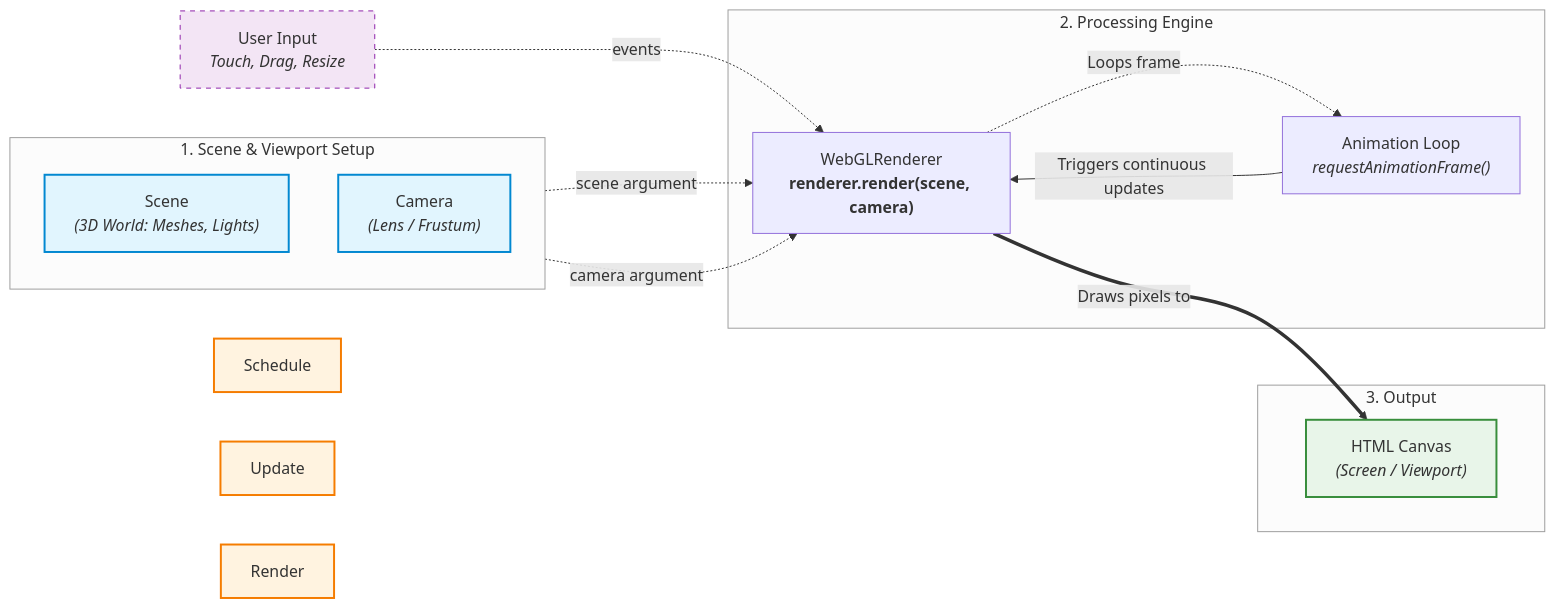
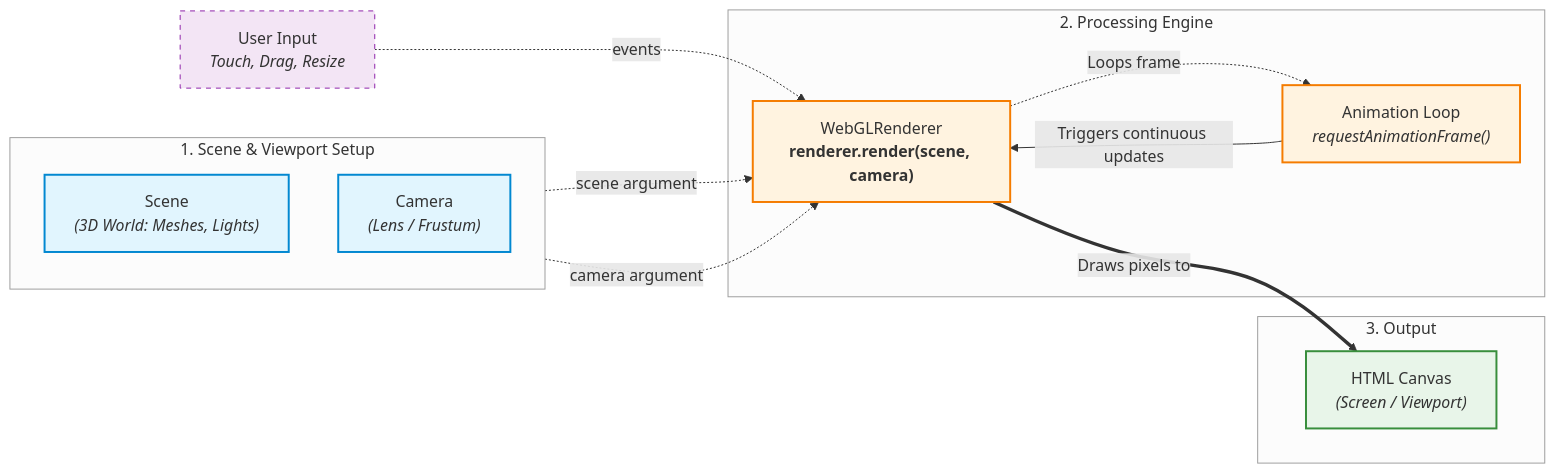
Before and after one commit to ManuelVargas1251/three: the diagram in README.md, drawn with Mermaid. The commit also changed 1 other file, not shown here.

Commit message:
refactor: clean-up 🐈🧜‍♀️🗽

````diff
--- a/README.md
+++ b/README.md
@@ -9,44 +9,43 @@
 ```mermaid
 flowchart LR
     subgraph Setup ["1. Scene & Viewport Setup"]
         direction TB
         Scene["Scene<br/><i>(3D World: Meshes, Lights)</i>"]
         Camera["Camera<br/><i>(Lens / Frustum)</i>"]
     end
 
     subgraph Engine ["2. Processing Engine"]
         Renderer["WebGLRenderer<br/><b>renderer.render(scene, camera)</b>"]
         Loop["Animation Loop<br/><i>requestAnimationFrame()</i>"]
     end
 
     subgraph Display ["3. Output"]
         Canvas["HTML Canvas<br/><i>(Screen / Viewport)</i>"]
     end
 
     %% Inputs on the Left
     UserInputs["User Input<br/><i>Touch, Drag, Resize</i>"] -. "events" .-> Renderer
 
     %% Setup Arguments from Above
     Scene -. "scene argument" .-> Renderer
     Camera -. "camera argument" .-> Renderer
 
     %% Render loop feedback
     Loop -->|"Triggers continuous updates"| Renderer
     Renderer -. "Loops frame" .-> Loop
 
     %% Primary execution output
     Renderer ==>|"Draws pixels to"| Canvas
 
     style Scene fill:#e1f5fe,stroke:#0288d1,stroke-width:2px
     style Camera fill:#e1f5fe,stroke:#0288d1,stroke-width:2px
     style UserInputs fill:#f3e5f5,stroke:#8e24aa,stroke-width:1px,stroke-dasharray: 5 5
-    style Schedule fill:#fff3e0,stroke:#f57c00,stroke-width:2px
-    style Update fill:#fff3e0,stroke:#f57c00,stroke-width:2px
-    style Render fill:#fff3e0,stroke:#f57c00,stroke-width:2px
+    style Renderer fill:#fff3e0,stroke:#f57c00,stroke-width:2px
+    style Loop fill:#fff3e0,stroke:#f57c00,stroke-width:2px
     style Canvas fill:#e8f5e9,stroke:#388e3c,stroke-width:2px
 
     %% Subgraph Styling
     style Setup fill:#fcfcfc,stroke:#9e9e9e,stroke-width:1px
     style Engine fill:#fcfcfc,stroke:#9e9e9e,stroke-width:1px
     style Display fill:#fcfcfc,stroke:#9e9e9e,stroke-width:1px
 ```
````
